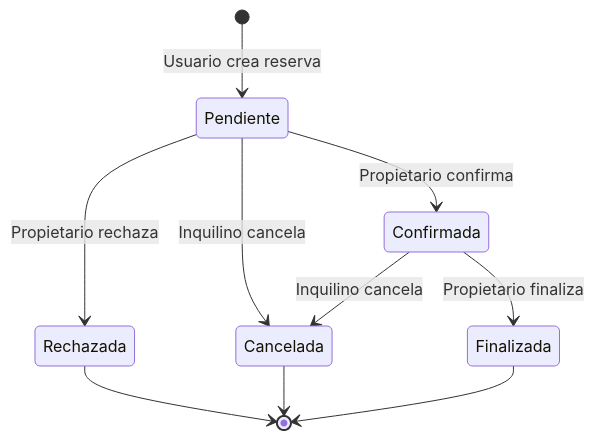
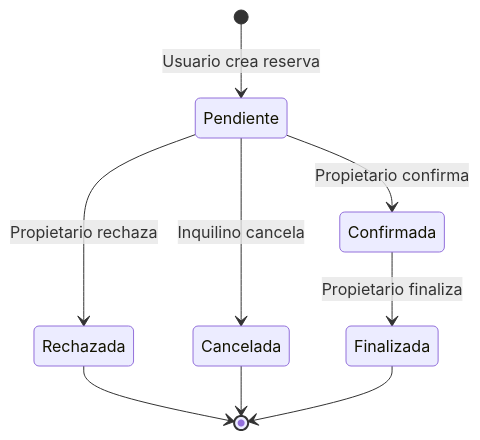
The ninth of 21 diagrams in ARQUITECTURA.md (marnafer/AlquilER-documentacion), drawn with Mermaid before and after one commit. The commit also changed other lines of this file and 2 other files, not shown here.

````diff
--- a/ARQUITECTURA.md
+++ b/ARQUITECTURA.md
@@ -272,12 +272,11 @@
 ```mermaid
 stateDiagram-v2
     [*] --> Pendiente: Usuario crea reserva
     Pendiente --> Confirmada: Propietario confirma
     Pendiente --> Rechazada: Propietario rechaza
     Pendiente --> Cancelada: Inquilino cancela
     Confirmada --> Finalizada: Propietario finaliza
-    Confirmada --> Cancelada: Inquilino cancela
     Rechazada --> [*]
     Cancelada --> [*]
     Finalizada --> [*]
 ```
````
